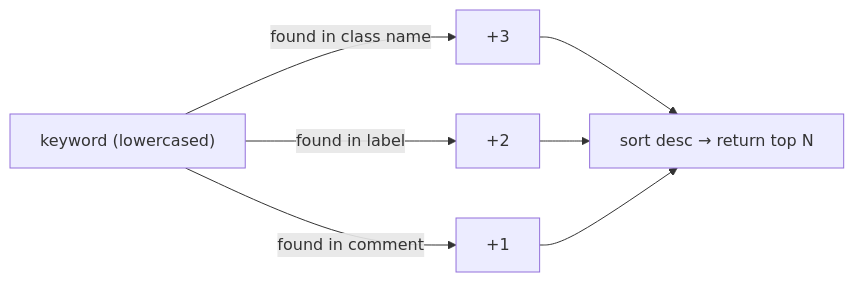
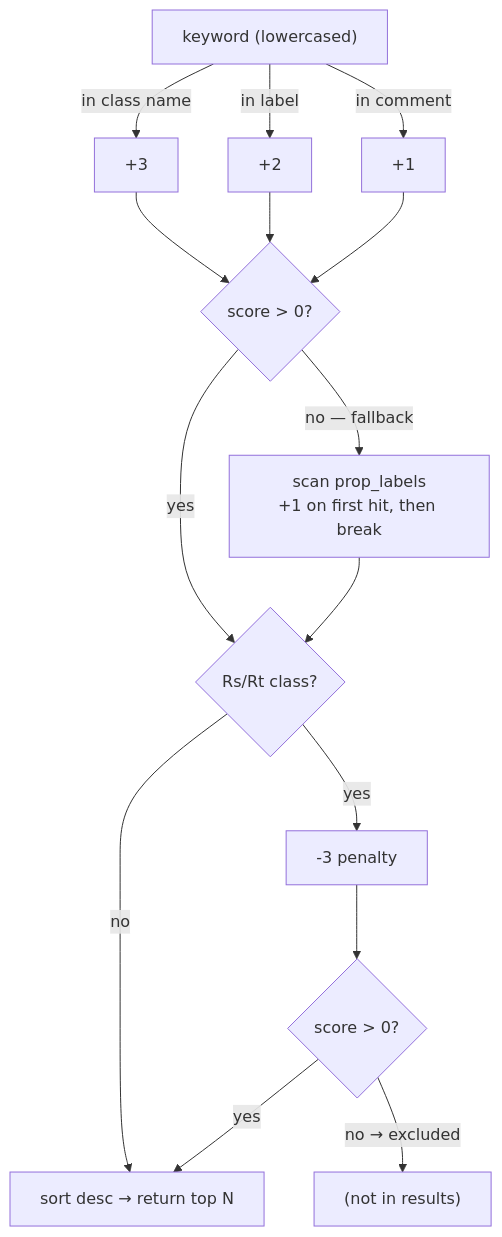
One commit to k3l0-dev/aci-mcp changed the diagram in docs/tools/search_classes.md. Above: the diagram before and after it, drawn with Mermaid. The commit also changed other lines of this file and 2 other files, not shown here.

Commit message:
docs(search): document search algorithm — problem, axe 1, axe 2, gains
New file docs/internals/search-algorithm.md covers:
  - The ACI corpus context and why naive search fails
  - Axe 1: Rs/Rt penalty — diagnosis, pattern, mechanism, measured gains
  - Axe 2: prop_labels — diagnosis, two-component solution, gains, cost
  - Full comparative table across the three algorithm states
  - Remaining limits and future evolution guide

Also updates docs/internals/registry.md and docs/tools/search_classes.md
to reflect the current scoring rules and cross-link the new document.

````diff
--- a/docs/tools/search_classes.md
+++ b/docs/tools/search_classes.md
@@ -46,12 +46,20 @@
 ```mermaid
-flowchart LR
+flowchart TD
     KW["keyword (lowercased)"]
 
-    KW -->|"found in class name"| W3["+3"]
-    KW -->|"found in label"| W2["+2"]
-    KW -->|"found in comment"| W1["+1"]
+    KW -->|"in class name"| W3["+3"]
+    KW -->|"in label"| W2["+2"]
+    KW -->|"in comment"| W1["+1"]
+    W3 & W2 & W1 --> CHECK{score > 0?}
 
-    W3 --> SORT["sort desc → return top N"]
-    W2 --> SORT
-    W1 --> SORT
+    CHECK -->|"no — fallback"| PL["scan prop_labels\n+1 on first hit, then break"]
+    CHECK -->|"yes"| RSRT
+
+    PL --> RSRT{Rs/Rt class?}
+    RSRT -->|"yes"| PEN["-3 penalty"]
+    RSRT -->|"no"| SORT
+
+    PEN --> ZERO{score > 0?}
+    ZERO -->|"yes"| SORT["sort desc → return top N"]
+    ZERO -->|"no → excluded"| DROP["(not in results)"]
 ```
````
